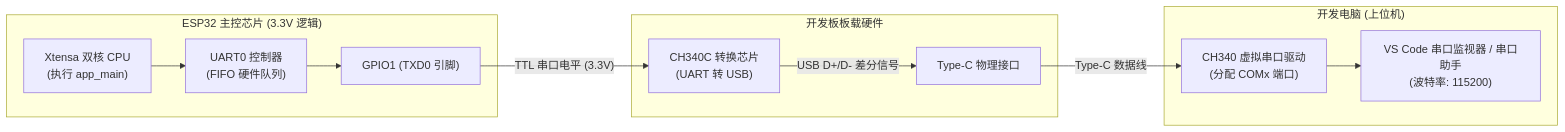
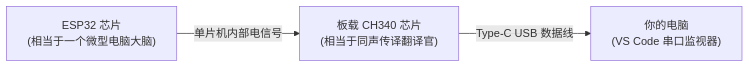
One commit to CalvinQiang/esp32-starter-journey changed the diagram in book/01_串口通信与HelloWorld深度解析.md. Above: the diagram before and after it, drawn with Mermaid. The commit also changed other lines of this file, not shown here.

````diff
--- a/book/01_串口通信与HelloWorld深度解析.md
+++ b/book/01_串口通信与HelloWorld深度解析.md
@@ -37,17 +17,5 @@
 ```mermaid
 flowchart LR
-    subgraph ESP32 ["ESP32 主控芯片 (3.3V 逻辑)"]
-        CPU["Xtensa 双核 CPU\n(执行 app_main)"] --> Reg["UART0 控制器\n(FIFO 硬件队列)"]
-        Reg --> PinTX["GPIO1 (TXD0 引脚)"]
-    end
-
-    subgraph Board ["开发板板载硬件"]
-        PinTX -- "TTL 串口电平 (3.3V)" --> CH340C["CH340C 转换芯片\n(UART 转 USB)"]
-        CH340C -- "USB D+/D- 差分信号" --> TypeC["Type-C 物理接口"]
-    end
-
-    subgraph PC ["开发电脑 (上位机)"]
-        TypeC -- "Type-C 数据线" --> Driver["CH340 虚拟串口驱动\n(分配 COMx 端口)"]
-        Driver --> Monitor["VS Code 串口监视器 / 串口助手\n(波特率: 115200)"]
-    end
+    ESP32["ESP32 芯片\n(相当于一个微型电脑大脑)"] -- "单片机内部电信号" --> CH340["板载 CH340 芯片\n(相当于同声传译翻译官)"]
+    CH340 -- "Type-C USB 数据线" --> PC["你的电脑\n(VS Code 串口监视器)"]
 ```
````
